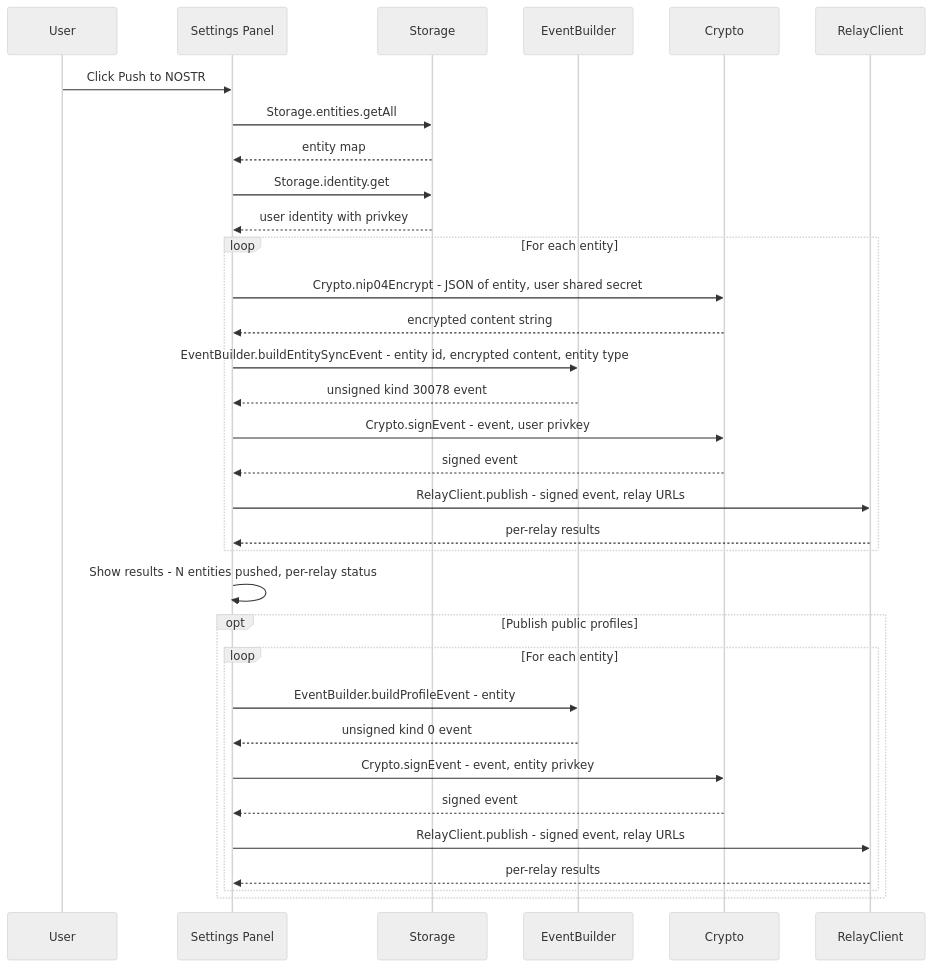
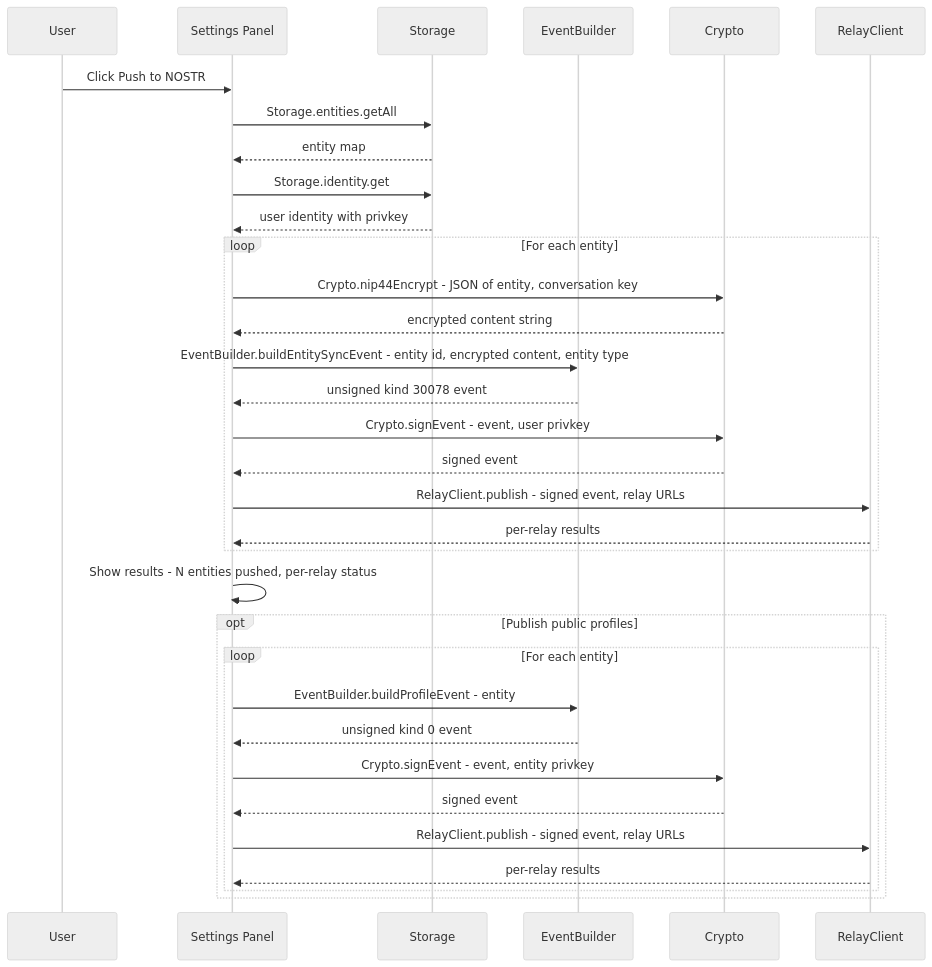
The first of 2 diagrams in docs/entity-sync-design.md (bryanmatthewsimonson/nostr-article-capture), drawn with Mermaid (neutral theme) before and after one commit. The commit also changed other lines of this file and 3 other files, not shown here.

````diff
--- a/docs/entity-sync-design.md
+++ b/docs/entity-sync-design.md
@@ -259,39 +250,39 @@
 ```mermaid
 sequenceDiagram
     participant U as User
     participant UI as Settings Panel
     participant S as Storage
     participant EB as EventBuilder
     participant C as Crypto
     participant RC as RelayClient
 
     U->>UI: Click Push to NOSTR
     UI->>S: Storage.entities.getAll
     S-->>UI: entity map
     UI->>S: Storage.identity.get
     S-->>UI: user identity with privkey
 
     loop For each entity
-        UI->>C: Crypto.nip04Encrypt - JSON of entity, user shared secret
+        UI->>C: Crypto.nip44Encrypt - JSON of entity, conversation key
         C-->>UI: encrypted content string
         UI->>EB: EventBuilder.buildEntitySyncEvent - entity id, encrypted content, entity type
         EB-->>UI: unsigned kind 30078 event
         UI->>C: Crypto.signEvent - event, user privkey
         C-->>UI: signed event
         UI->>RC: RelayClient.publish - signed event, relay URLs
         RC-->>UI: per-relay results
     end
 
     UI->>UI: Show results - N entities pushed, per-relay status
     
     opt Publish public profiles
         loop For each entity
             UI->>EB: EventBuilder.buildProfileEvent - entity
             EB-->>UI: unsigned kind 0 event
             UI->>C: Crypto.signEvent - event, entity privkey
             C-->>UI: signed event
             UI->>RC: RelayClient.publish - signed event, relay URLs
             RC-->>UI: per-relay results
         end
     end
 ```
````
